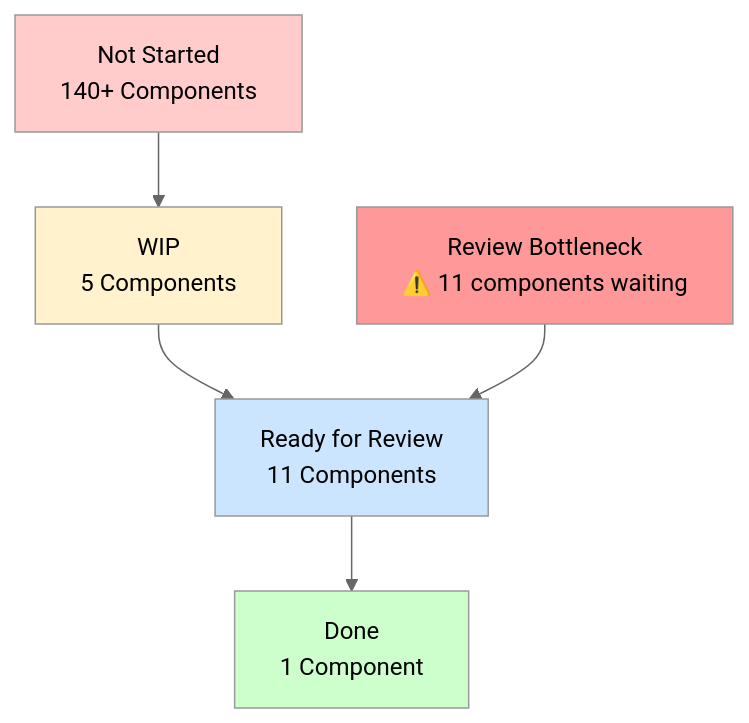
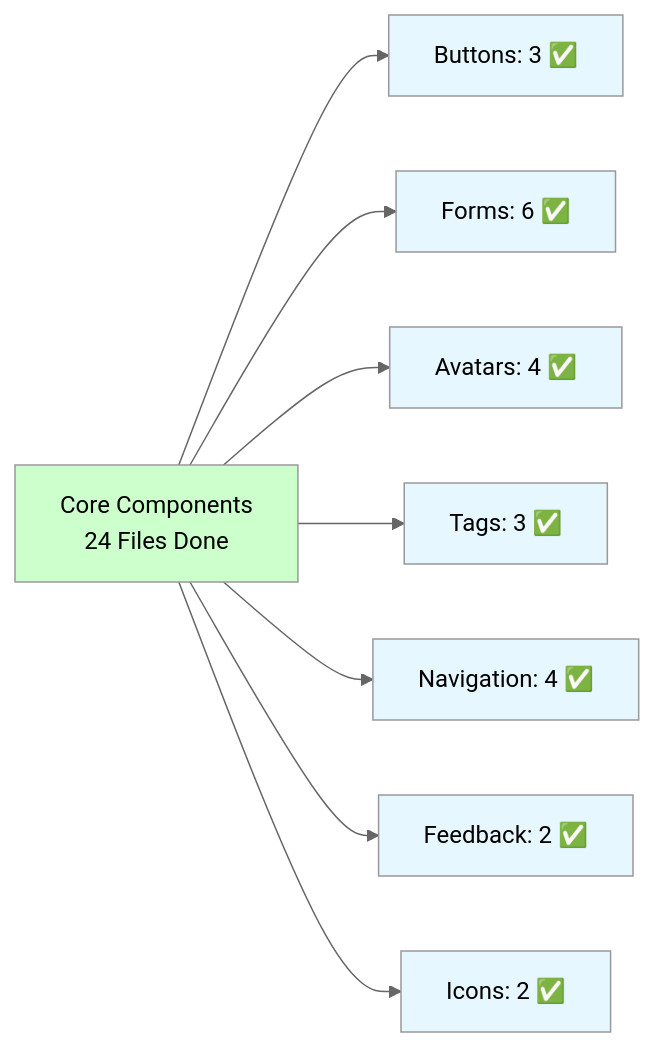
One commit to thisisashwinks/HighRise-Tokens changed the third of 3 diagrams in PROJECT_STATUS_TRACKER.md. Above: the diagram before and after it, drawn with Mermaid (neutral theme). The commit also changed other lines of this file and 2 other files, not shown here.

````diff
--- a/PROJECT_STATUS_TRACKER.md
+++ b/PROJECT_STATUS_TRACKER.md
@@ -296,14 +341,19 @@
 ```mermaid
-flowchart TD
-    A["Not Started<br/>140+ Components"] --> B["WIP<br/>5 Components"]
-    B --> C["Ready for Review<br/>11 Components"]
-    C --> D["Done<br/>1 Component"]
+flowchart LR
+    A[Core Components<br/>24 Files Done] --> B[Buttons: 3 ✅]
+    A --> C[Forms: 6 ✅]
+    A --> D[Avatars: 4 ✅]
+    A --> E[Tags: 3 ✅]
+    A --> F[Navigation: 4 ✅]
+    A --> G[Feedback: 2 ✅]
+    A --> H[Icons: 2 ✅]
     
-    style A fill:#ffcccb
-    style B fill:#fff2cc
-    style C fill:#cce5ff
-    style D fill:#ccffcc
-    
-    E["Review Bottleneck<br/>⚠️ 11 components waiting"] --> C
-    style E fill:#ff9999
+    style A fill:#ccffcc
+    style B fill:#e6f7ff
+    style C fill:#e6f7ff
+    style D fill:#e6f7ff
+    style E fill:#e6f7ff
+    style F fill:#e6f7ff
+    style G fill:#e6f7ff
+    style H fill:#e6f7ff
 ```
````
